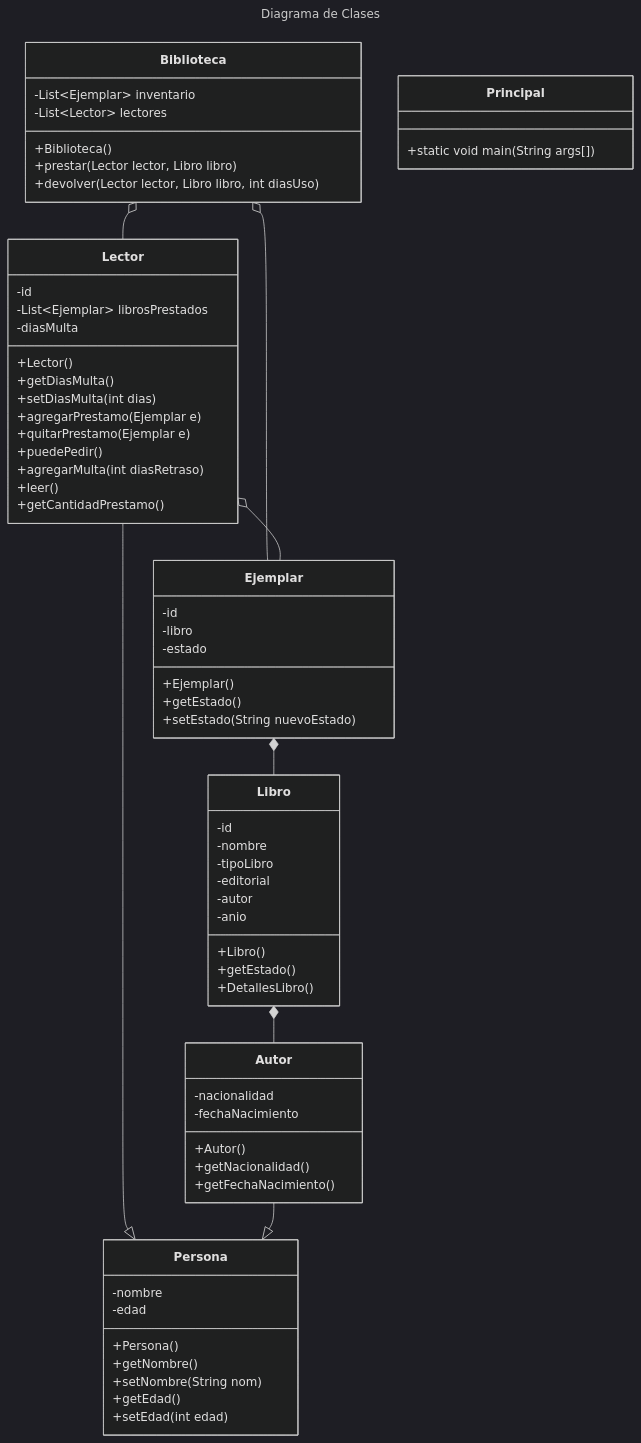
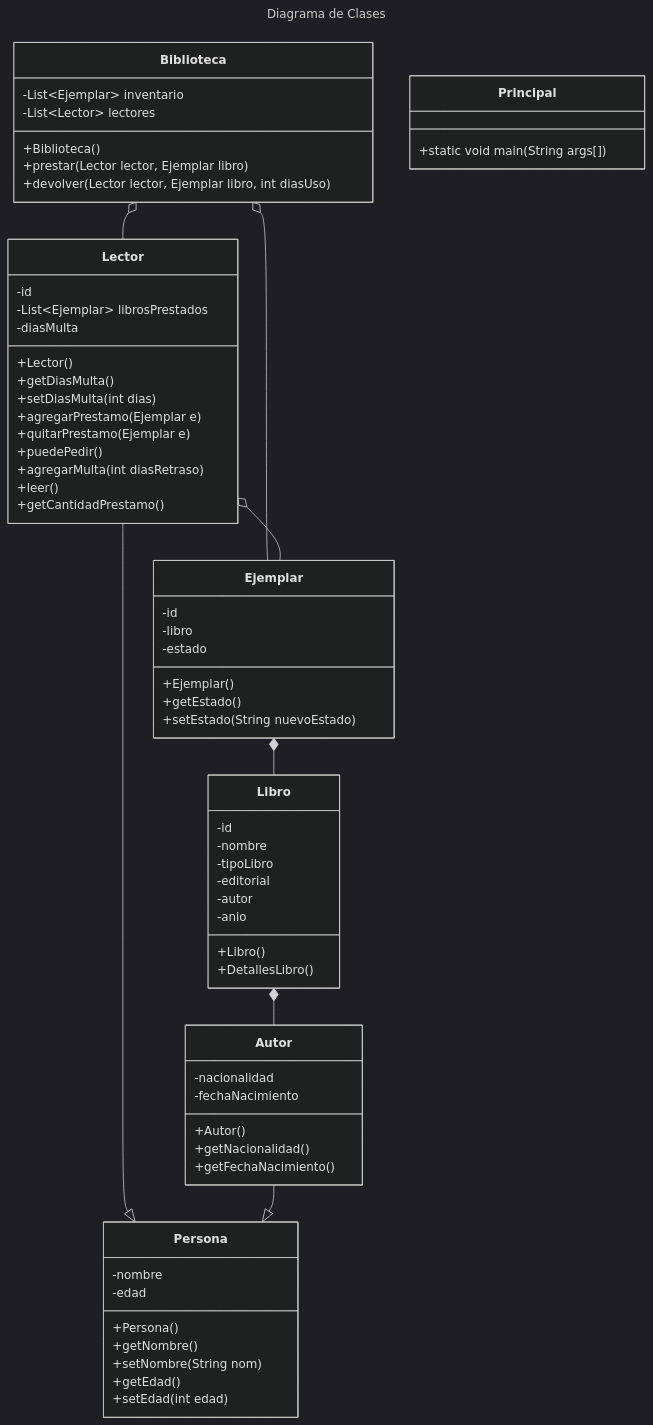
One commit to mauryci2/Jaime-Felix-POO-Base changed the diagram in README.md. Above: the diagram before and after it, drawn with Mermaid (dark theme).

Commit message:
corriguiendo errores

````diff
--- a/README.md
+++ b/README.md
@@ -7,76 +7,75 @@
 ```mermaid
 ---
 title: Diagrama de Clases
 ---
 classDiagram
       Lector --|> Persona
       Autor --|> Persona
 
       Biblioteca o-- Ejemplar
       Biblioteca o-- Lector
       Ejemplar *-- Libro
       Libro *-- Autor
       Lector o-- Ejemplar
       class Principal{
             +static void main(String args[])
       }
       class Biblioteca{
             -List~Ejemplar~ inventario
             -List~Lector~ lectores
             +Biblioteca()
-            +prestar(Lector lector, Libro libro)
-            +devolver(Lector lector, Libro libro, int diasUso)
+            +prestar(Lector lector, Ejemplar libro)
+            +devolver(Lector lector, Ejemplar libro, int diasUso)
             
       }
             
       class Libro{
             -id
             -nombre
             -tipoLibro
             -editorial
             -autor
             -anio
             +Libro()
-            +getEstado()
             +DetallesLibro()
             
       }
       class Lector{
             -id
             -List~Ejemplar~ librosPrestados
             -diasMulta
             +Lector()
             +getDiasMulta()
             +setDiasMulta(int dias)
             +agregarPrestamo(Ejemplar e)
             +quitarPrestamo(Ejemplar e)
             +puedePedir()
             +agregarMulta(int diasRetraso)
             +leer()
             +getCantidadPrestamo()
             }
       class Ejemplar {
             -id
             -libro
             -estado
             +Ejemplar()
             +getEstado()
             +setEstado(String nuevoEstado)
       }
       class Autor{
             -nacionalidad
             -fechaNacimiento
             +Autor()
             +getNacionalidad()
             +getFechaNacimiento()
       }
       class Persona{
             -nombre
             -edad
             +Persona()
             +getNombre()
             +setNombre(String nom)
             +getEdad()
             +setEdad(int edad)
       }
 ```
````
